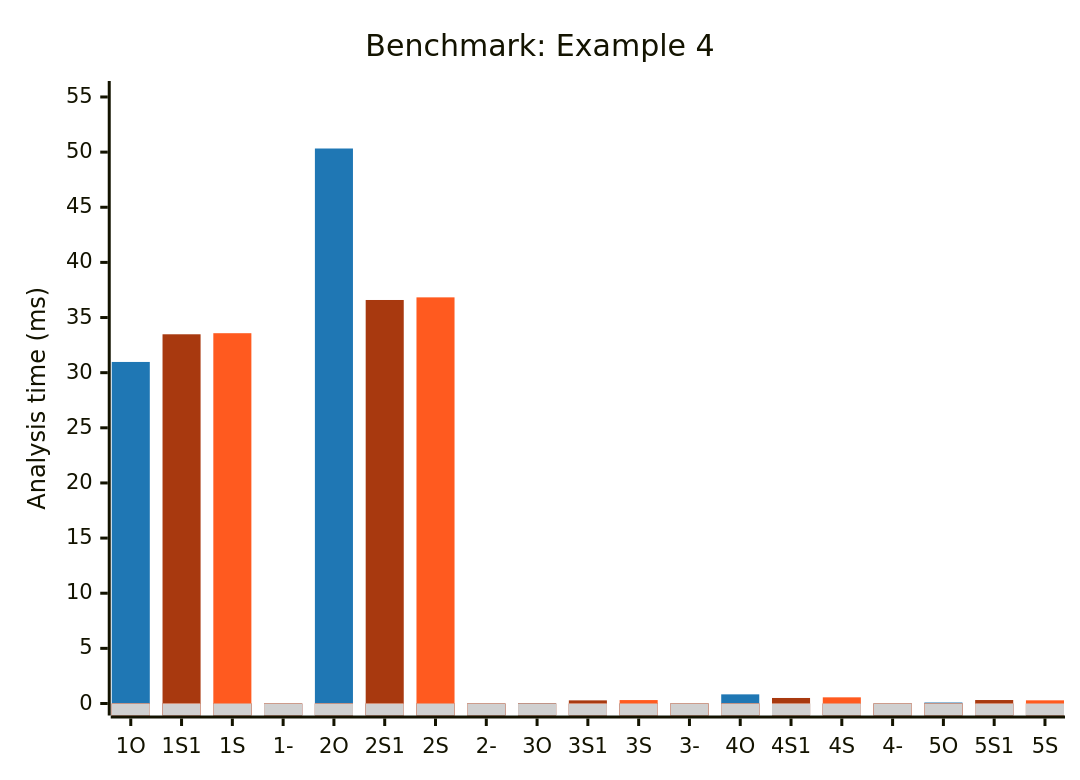
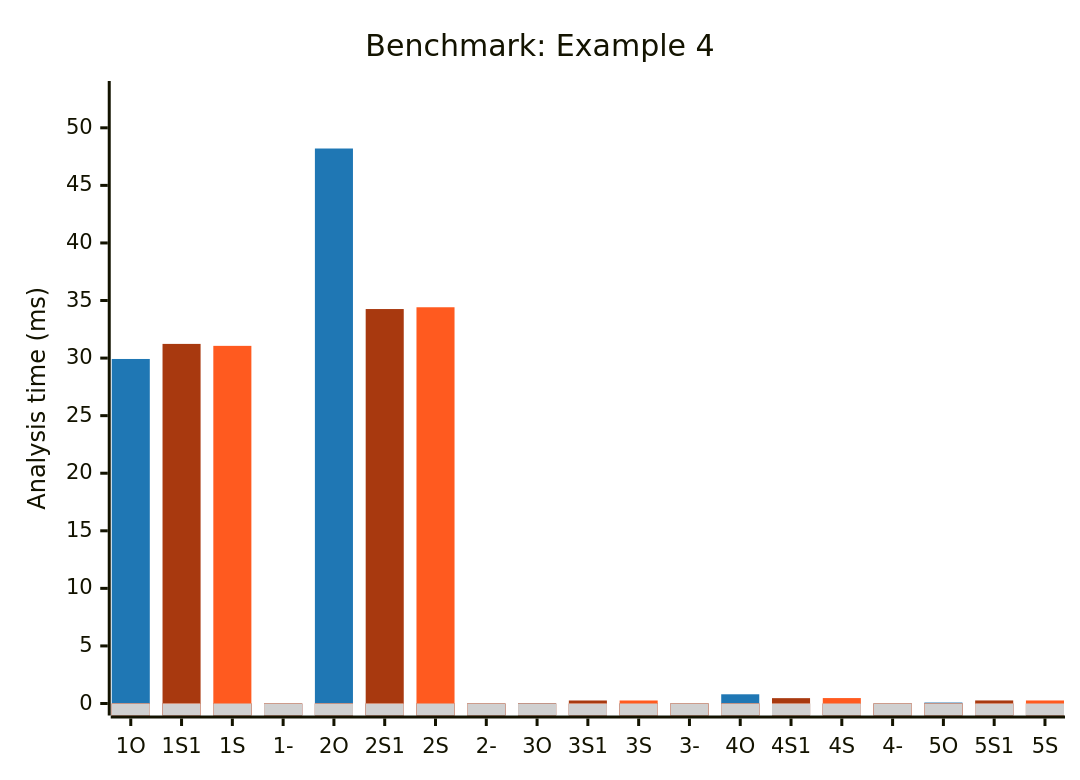
One commit to NathanaelRea/Strut changed the seventh of 9 diagrams in docs/benchmark-opensees-examples.md. Above: the diagram before and after it, drawn with Mermaid. The commit also changed other lines of this file and 23 other files, not shown here.

````diff
--- a/docs/benchmark-opensees-examples.md
+++ b/docs/benchmark-opensees-examples.md
@@ -174,16 +172,16 @@
 ```mermaid
 ---
 config:
   themeVariables:
     xyChart:
       plotColorPalette: '#1f77b4, #a8390f, #FF5A1F, #d0d0d0'
 ---
 xychart-beta
     title "Benchmark: Example 4"
     x-axis ["1O", "1S1", "1S", "1-", "2O", "2S1", "2S", "2-", "3O", "3S1", "3S", "3-", "4O", "4S1", "4S", "4-", "5O", "5S1", "5S"]
-    y-axis "Analysis time (ms)" 0 --> 55.361
-    bar "OS" [30.972, 0.0, 0.0, 0.0, 50.328, 0.0, 0.0, 0.0, 0.045, 0.0, 0.0, 0.0, 0.829, 0.0, 0.0, 0.0, 0.090, 0.0, 0.0]
-    bar "STR1" [0.0, 33.481, 0.0, 0.0, 0.0, 36.591, 0.0, 0.0, 0.0, 0.284, 0.0, 0.0, 0.0, 0.501, 0.0, 0.0, 0.0, 0.315, 0.0]
-    bar "STR" [0.0, 0.0, 33.579, 0.0, 0.0, 0.0, 36.829, 0.0, 0.0, 0.0, 0.311, 0.0, 0.0, 0.0, 0.559, 0.0, 0.0, 0.0, 0.288]
+    y-axis "Analysis time (ms)" 0 --> 53.024
+    bar "OS" [29.923, 0.0, 0.0, 0.0, 48.203, 0.0, 0.0, 0.0, 0.037, 0.0, 0.0, 0.0, 0.800, 0.0, 0.0, 0.0, 0.083, 0.0, 0.0]
+    bar "STR1" [0.0, 31.232, 0.0, 0.0, 0.0, 34.260, 0.0, 0.0, 0.0, 0.261, 0.0, 0.0, 0.0, 0.464, 0.0, 0.0, 0.0, 0.265, 0.0]
+    bar "STR" [0.0, 0.0, 31.062, 0.0, 0.0, 0.0, 34.415, 0.0, 0.0, 0.0, 0.261, 0.0, 0.0, 0.0, 0.471, 0.0, 0.0, 0.0, 0.263]
     bar "mask" [0.0, 0.0, 0.0, 0.0, 0.0, 0.0, 0.0, 0.0, 0.0, 0.0, 0.0, 0.0, 0.0, 0.0, 0.0, 0.0, 0.0, 0.0, 0.0]
 ```
````
